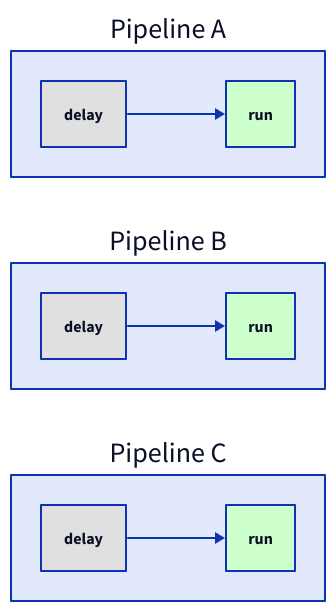
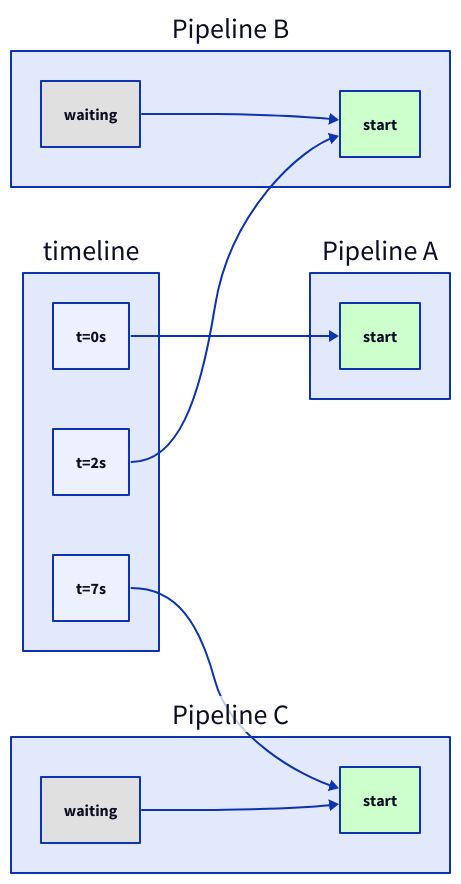
The second of 3 diagrams in website/src/content/docs/concepts/topology.md (benjamin-awd/blizzard), drawn with D2 before and after one commit. The commit also changed other lines of this file and 3 other files, not shown here.

````diff
--- a/website/src/content/docs/concepts/topology.md
+++ b/website/src/content/docs/concepts/topology.md
@@ -162,18 +45,26 @@
 ```d2
 direction: right
+timeline: {
+  t0: "t=0s"
+  t1: "t=2s"
+  t2: "t=7s"
+}
+
 Pipeline A: {
-  delay_a: "delay" {style.fill: "#e0e0e0"}
-  run_a: "run" {style.fill: "#ccffcc"}
-  delay_a -> run_a
+  a_start: "start" {style.fill: "#ccffcc"}
 }
 Pipeline B: {
-  delay_b: "delay" {style.fill: "#e0e0e0"}
-  run_b: "run" {style.fill: "#ccffcc"}
-  delay_b -> run_b
+  b_delay: "waiting" {style.fill: "#e0e0e0"}
+  b_start: "start" {style.fill: "#ccffcc"}
+  b_delay -> b_start
 }
 Pipeline C: {
-  delay_c: "delay" {style.fill: "#e0e0e0"}
-  run_c: "run" {style.fill: "#ccffcc"}
-  delay_c -> run_c
+  c_delay: "waiting" {style.fill: "#e0e0e0"}
+  c_start: "start" {style.fill: "#ccffcc"}
+  c_delay -> c_start
 }
+
+timeline.t0 -> Pipeline A.a_start
+timeline.t1 -> Pipeline B.b_start
+timeline.t2 -> Pipeline C.c_start
 ```
````
